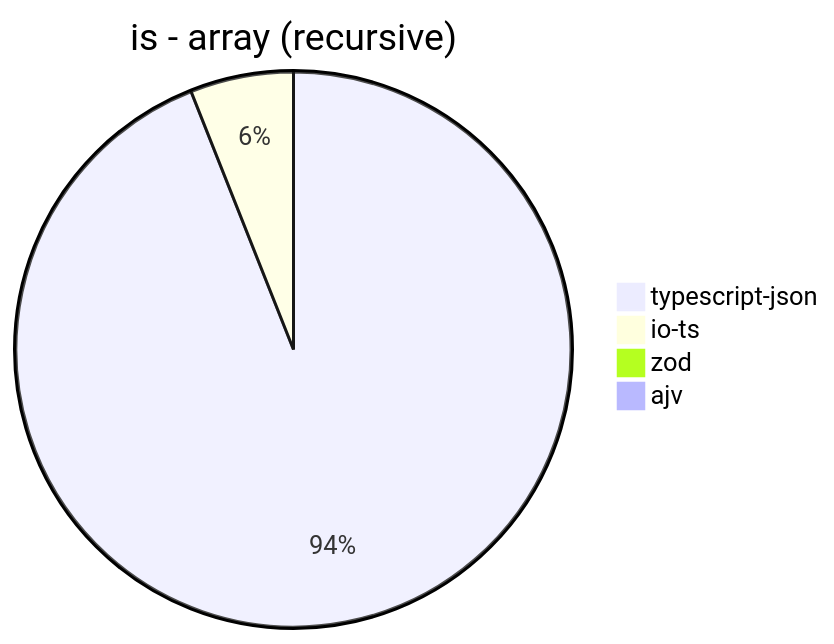
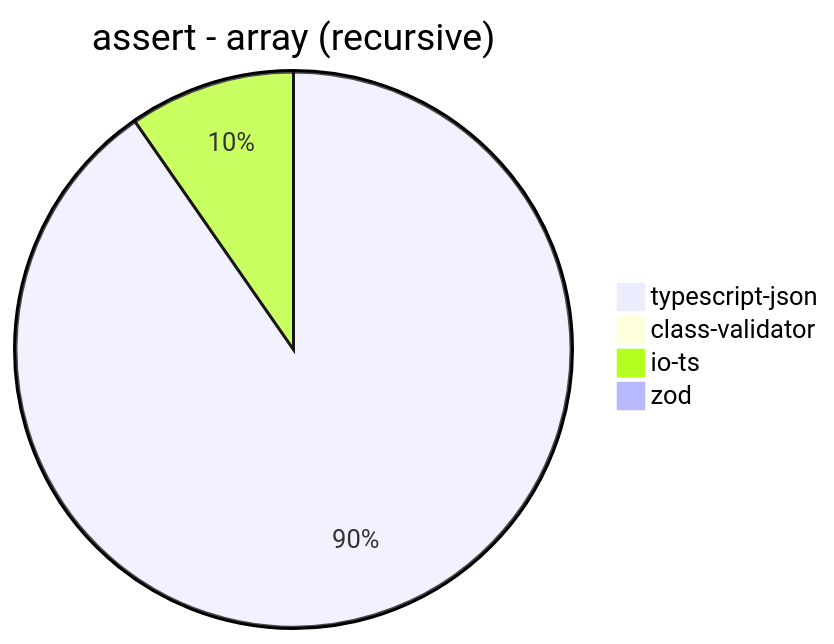
Before and after one commit to samchon/typia: diagram 13 of 40 in benchmark/results/AMD Ryzen 9 5900HX with Radeon Graphics.md, drawn with Mermaid. The commit also changed other lines of this file and 2 other files, not shown here.

````diff
--- a/benchmark/results/AMD Ryzen 9 5900HX with Radeon Graphics.md
+++ b/benchmark/results/AMD Ryzen 9 5900HX with Radeon Graphics.md
@@ -138,7 +154,7 @@
 ```mermaid
-pie title is - array (recursive)
-  "typescript-json": 7978.81828316611
-  "io-ts": 510.53027453930054
-  "zod": 9.882174078297226
-  "ajv": 0
+pie title assert - array (recursive)
+  "typescript-json": 1716.1789066813915
+  "class-validator": 3.949595636637201
+  "io-ts": 183.69565217391306
+  "zod": 9.884052461509219
 ```
````
